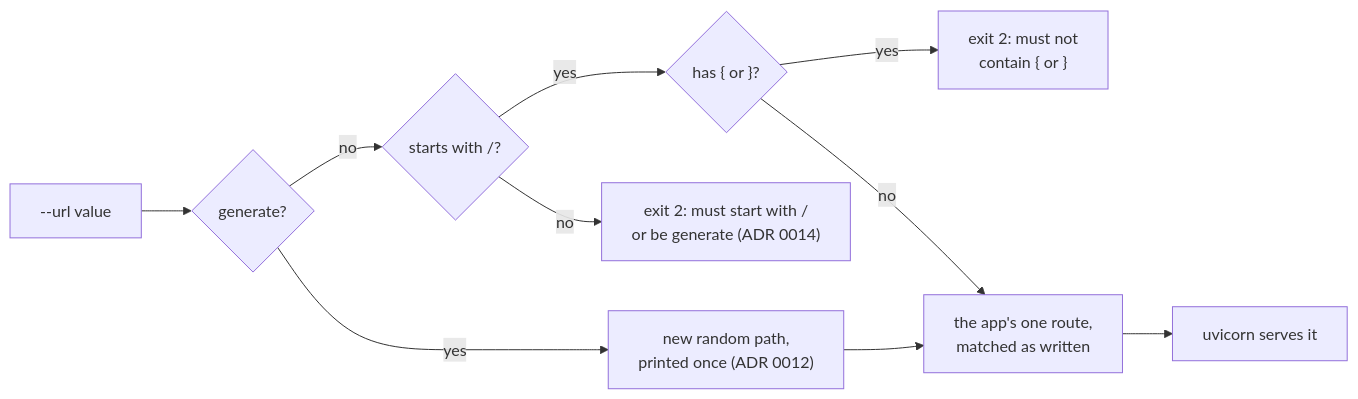
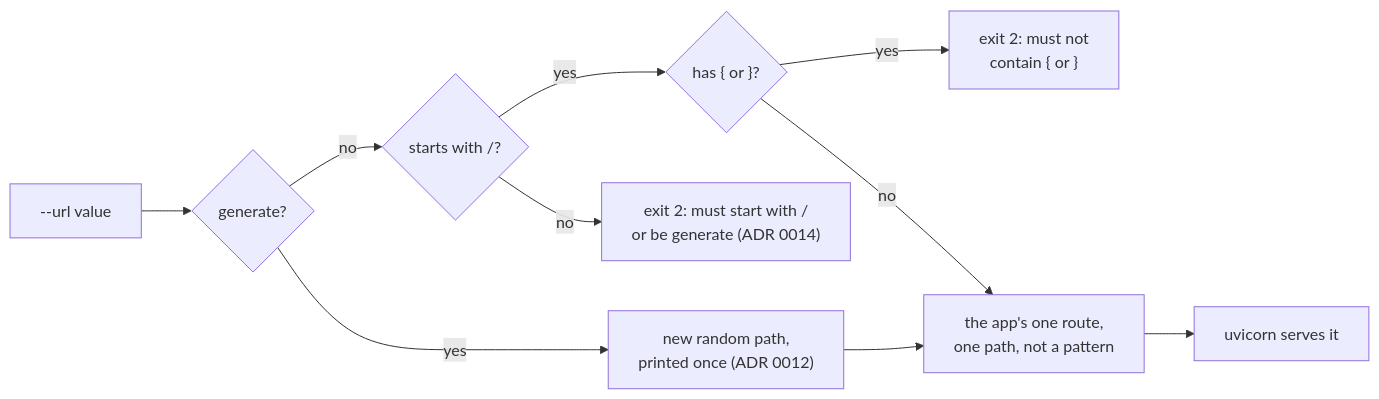
One commit to Akinzou/TradeLockerBot changed the diagram in docs/adr/0015-refuse-braces-in-the-webhook-path.md. Above: the diagram before and after it, drawn with Mermaid. The commit also changed other lines of this file and 4 other files, not shown here.

````diff
--- a/docs/adr/0015-refuse-braces-in-the-webhook-path.md
+++ b/docs/adr/0015-refuse-braces-in-the-webhook-path.md
@@ -39,12 +39,12 @@
 ```mermaid
 flowchart LR
     ARG["--url value"] --> GEN{"generate?"}
     GEN -- yes --> NEW["new random path,<br/>printed once (ADR 0012)"]
     GEN -- no --> SLASH{"starts with /?"}
     SLASH -- no --> STOP1["exit 2: must start with /<br/>or be generate (ADR 0014)"]
     SLASH -- yes --> BRACE{"has { or }?"}
     BRACE -- yes --> STOP2["exit 2: must not<br/>contain { or }"]
-    BRACE -- no --> ROUTE["the app's one route,<br/>matched as written"]
+    BRACE -- no --> ROUTE["the app's one route,<br/>one path, not a pattern"]
     NEW --> ROUTE
     ROUTE --> SERVE[uvicorn serves it]
 ```
````
